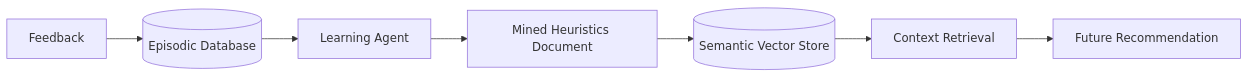
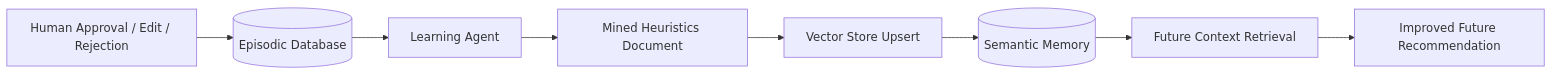
Before and after one commit to Akash-paluvai/XLVentures: the second of 2 diagrams in docs/memory.md, drawn with Mermaid. The commit also changed other lines of this file and 5 other files, not shown here.

Commit message:
docs: complete detailed document directory with architecture, planner, memory, agents, and deployment guides

````diff
--- a/docs/memory.md
+++ b/docs/memory.md
@@ -49,9 +109,10 @@
 ```mermaid
 graph LR
-    User[Feedback] --> DB[(Episodic Database)]
-    DB --> Learning[Learning Agent]
-    Learning --> Mined[Mined Heuristics Document]
-    Mined --> Vector[(Semantic Vector Store)]
-    Vector --> Context[Context Retrieval]
-    Context --> Future[Future Recommendation]
+    UserDecision[Human Approval / Edit / Rejection] --> LogDB[(Episodic Database)]
+    LogDB --> LearnAgent[Learning Agent]
+    LearnAgent --> MinedDoc[Mined Heuristics Document]
+    MinedDoc --> Upsert[Vector Store Upsert]
+    Upsert --> VectorDB[(Semantic Memory)]
+    VectorDB --> ContextQuery[Future Context Retrieval]
+    ContextQuery --> FutureRun[Improved Future Recommendation]
 ```
````
